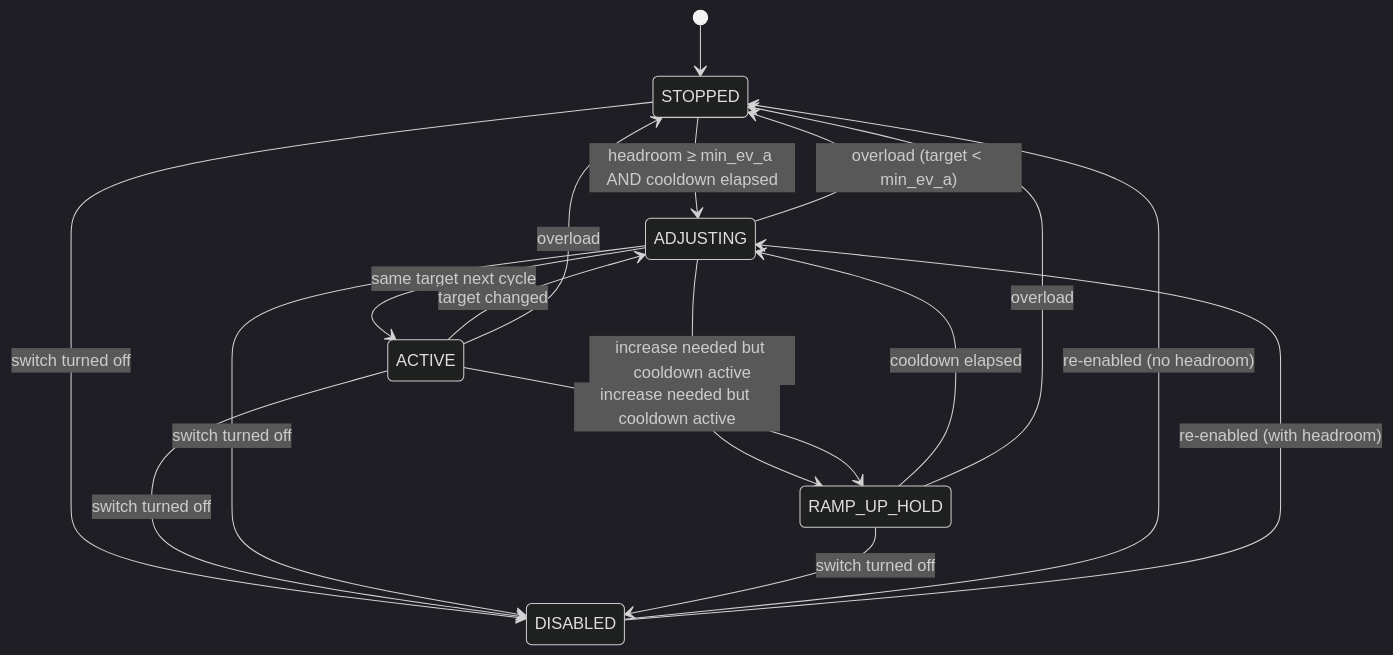
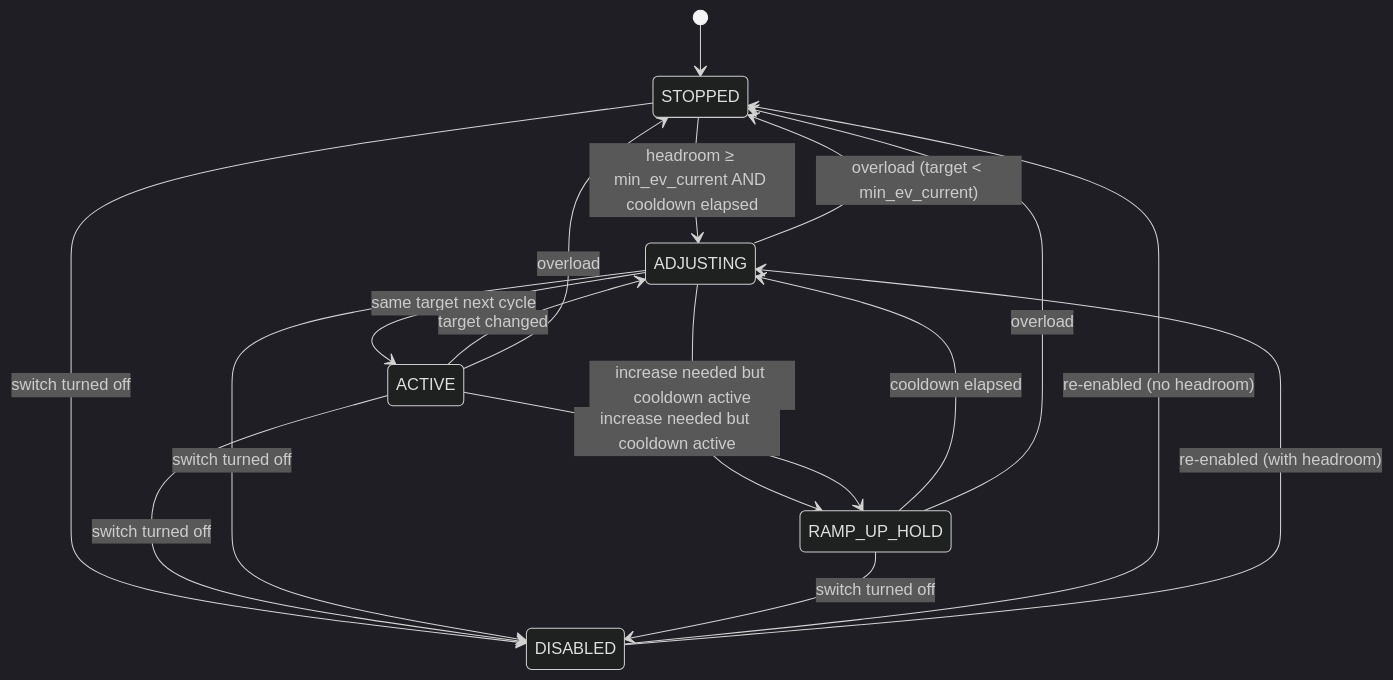
Before and after one commit to alexisml/ha-ev-charger-balancer: the third of 7 diagrams in docs/documentation/how-it-works.md, drawn with Mermaid (dark theme). The commit also changed other lines of this file and 5 other files, not shown here.

Commit message:
feat: clamp charger at min_ev_current when not charging, ramp up on start (#114)

````diff
--- a/docs/documentation/how-it-works.md
+++ b/docs/documentation/how-it-works.md
@@ -379,25 +417,25 @@
 ```mermaid
 stateDiagram-v2
     state "STOPPED" as STOPPED
     state "ADJUSTING" as ADJUSTING
     state "ACTIVE" as ACTIVE
     state "RAMP_UP_HOLD" as RAMP_UP_HOLD
     state "DISABLED" as DISABLED
 
     [*] --> STOPPED
-    STOPPED --> ADJUSTING : headroom ≥ min_ev_a AND cooldown elapsed
+    STOPPED --> ADJUSTING : headroom ≥ min_ev_current AND cooldown elapsed
     ADJUSTING --> ACTIVE : same target next cycle
-    ADJUSTING --> STOPPED : overload (target < min_ev_a)
+    ADJUSTING --> STOPPED : overload (target < min_ev_current)
     ADJUSTING --> RAMP_UP_HOLD : increase needed but cooldown active
     ACTIVE --> ADJUSTING : target changed
     ACTIVE --> STOPPED : overload
     ACTIVE --> RAMP_UP_HOLD : increase needed but cooldown active
     RAMP_UP_HOLD --> ADJUSTING : cooldown elapsed
     RAMP_UP_HOLD --> STOPPED : overload
     DISABLED --> STOPPED : re-enabled (no headroom)
     DISABLED --> ADJUSTING : re-enabled (with headroom)
     STOPPED --> DISABLED : switch turned off
     ACTIVE --> DISABLED : switch turned off
     ADJUSTING --> DISABLED : switch turned off
     RAMP_UP_HOLD --> DISABLED : switch turned off
 ```
````
